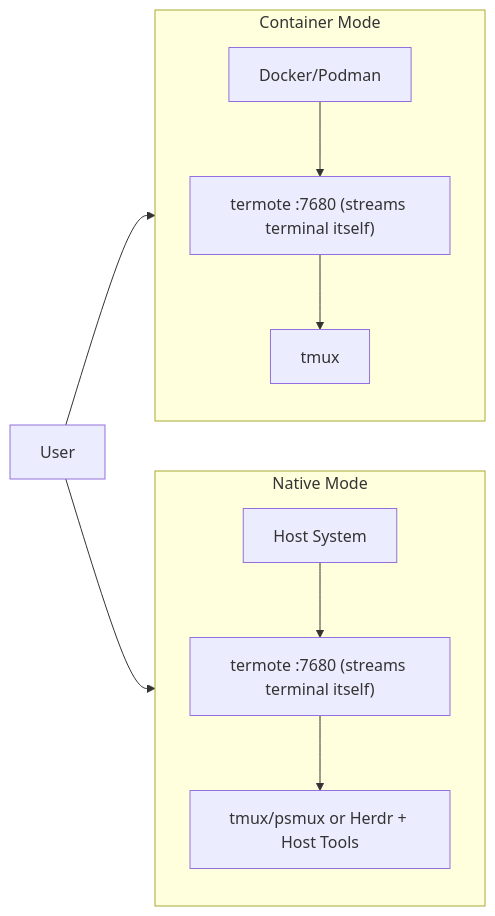
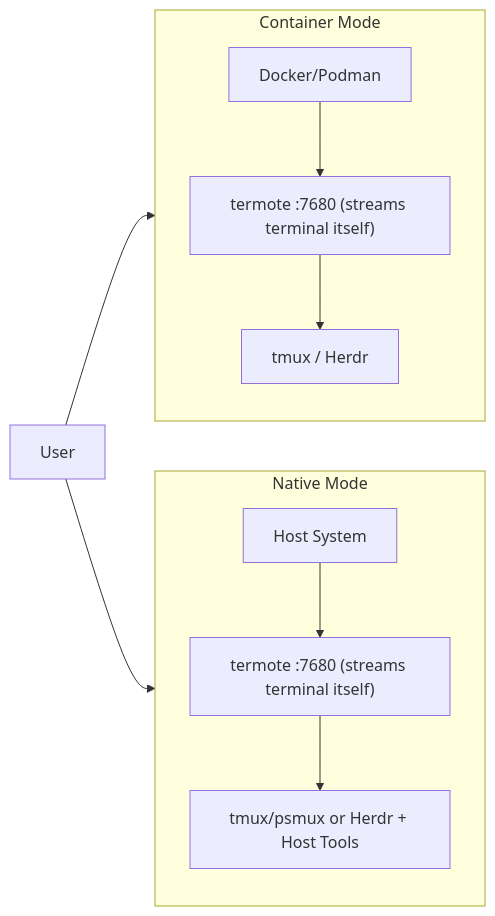
Before and after one commit to lamngockhuong/termote: the second of 2 diagrams in README.md, drawn with Mermaid. The commit also changed other lines of this file and 36 other files, not shown here.

````diff
--- a/README.md
+++ b/README.md
@@ -217,14 +217,14 @@
 ```mermaid
 flowchart LR
     subgraph Container["Container Mode"]
         direction TB
-        C1["Docker/Podman"] --> C2["termote :7680 (streams terminal itself)"] --> C3["tmux"]
+        C1["Docker/Podman"] --> C2["termote :7680 (streams terminal itself)"] --> C3["tmux / Herdr"]
     end
 
     subgraph Native["Native Mode"]
         direction TB
         N1["Host System"] --> N2["termote :7680 (streams terminal itself)"] --> N3["tmux/psmux or Herdr + Host Tools"]
     end
 
     User["User"] --> Container & Native
 ```
````
